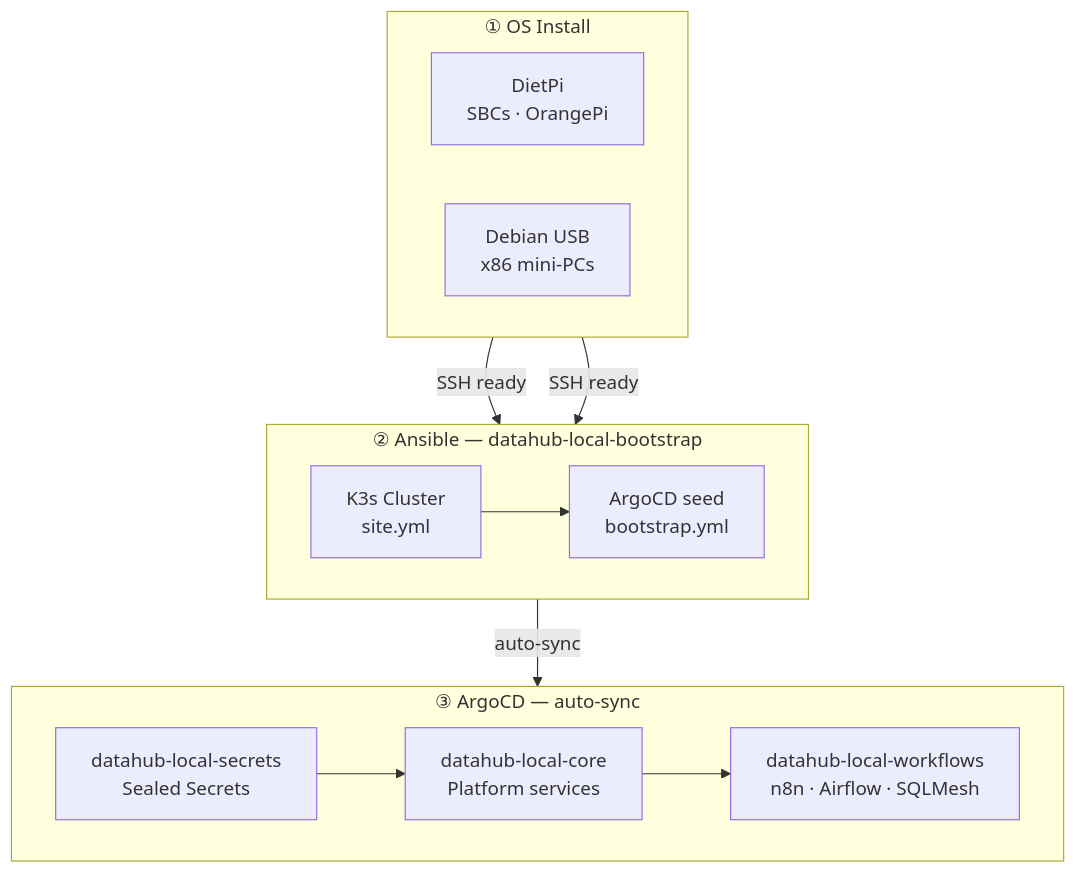
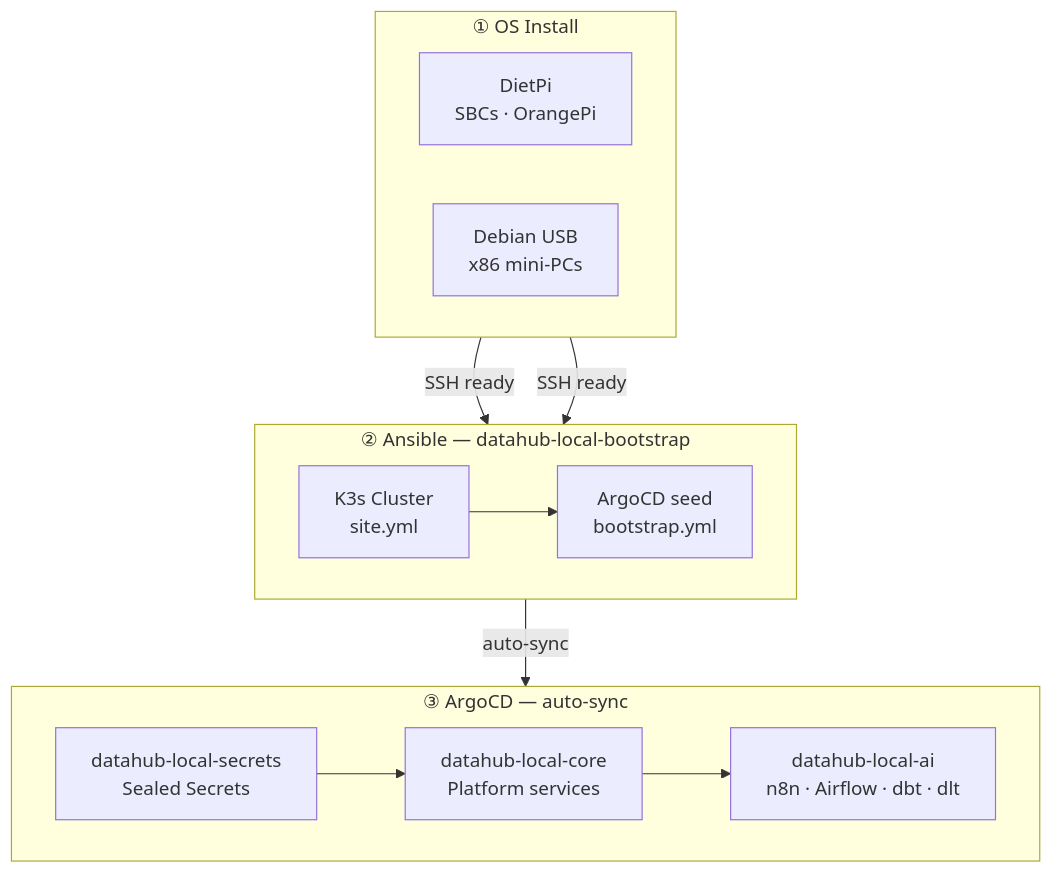
One commit to datahub-local/datahub-local changed the first of 3 diagrams in docs/cluster_setup/provisioning.md. Above: the diagram before and after it, drawn with Mermaid. The commit also changed other lines of this file and 11 other files, not shown here.

````diff
--- a/docs/cluster_setup/provisioning.md
+++ b/docs/cluster_setup/provisioning.md
@@ -5,27 +5,27 @@
 ```mermaid
 flowchart TD
     subgraph P1["① OS Install"]
         direction LR
         DietPi["DietPi\nSBCs · OrangePi"]
         Debian["Debian USB\nx86 mini-PCs"]
     end
 
     subgraph P2["② Ansible — datahub-local-bootstrap"]
         direction LR
         K3s["K3s Cluster\nsite.yml"]
         Argo["ArgoCD seed\nbootstrap.yml"]
         K3s --> Argo
     end
 
     subgraph P3["③ ArgoCD — auto-sync"]
         direction LR
         Secrets["datahub-local-secrets\nSealed Secrets"]
         Core["datahub-local-core\nPlatform services"]
-        Workflows["datahub-local-workflows\nn8n · Airflow · SQLMesh"]
-        Secrets --> Core --> Workflows
+        AI["datahub-local-ai\nn8n · Airflow · dbt · dlt"]
+        Secrets --> Core --> AI
     end
 
     DietPi -->|"SSH ready"| K3s
     Debian -->|"SSH ready"| K3s
     Argo   -->|"auto-sync"| Secrets
 ```
````
